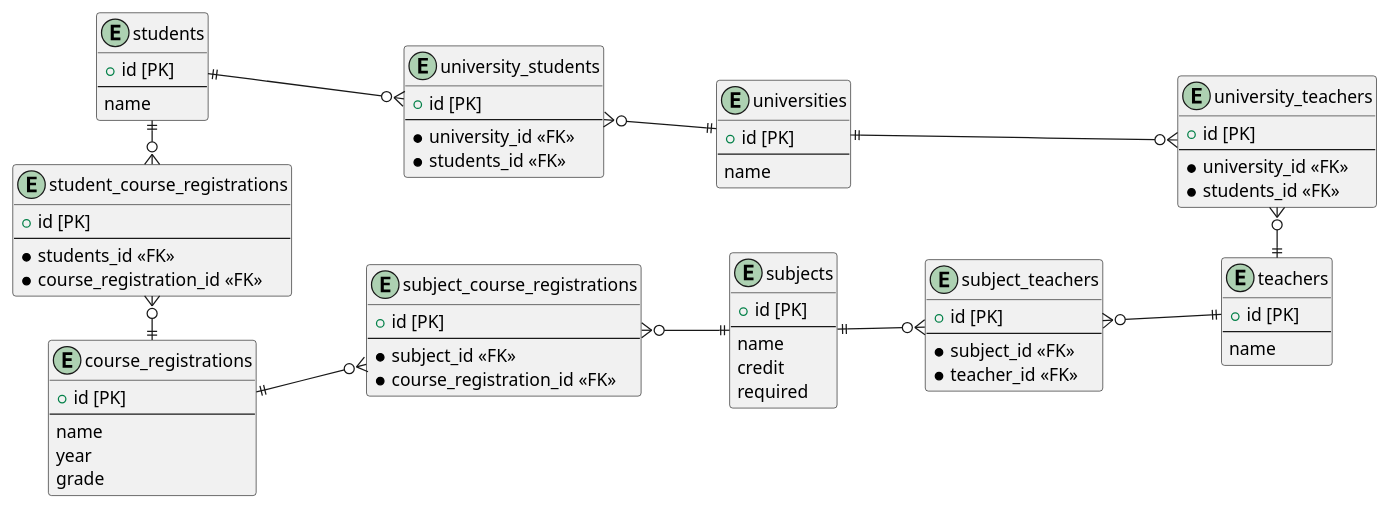
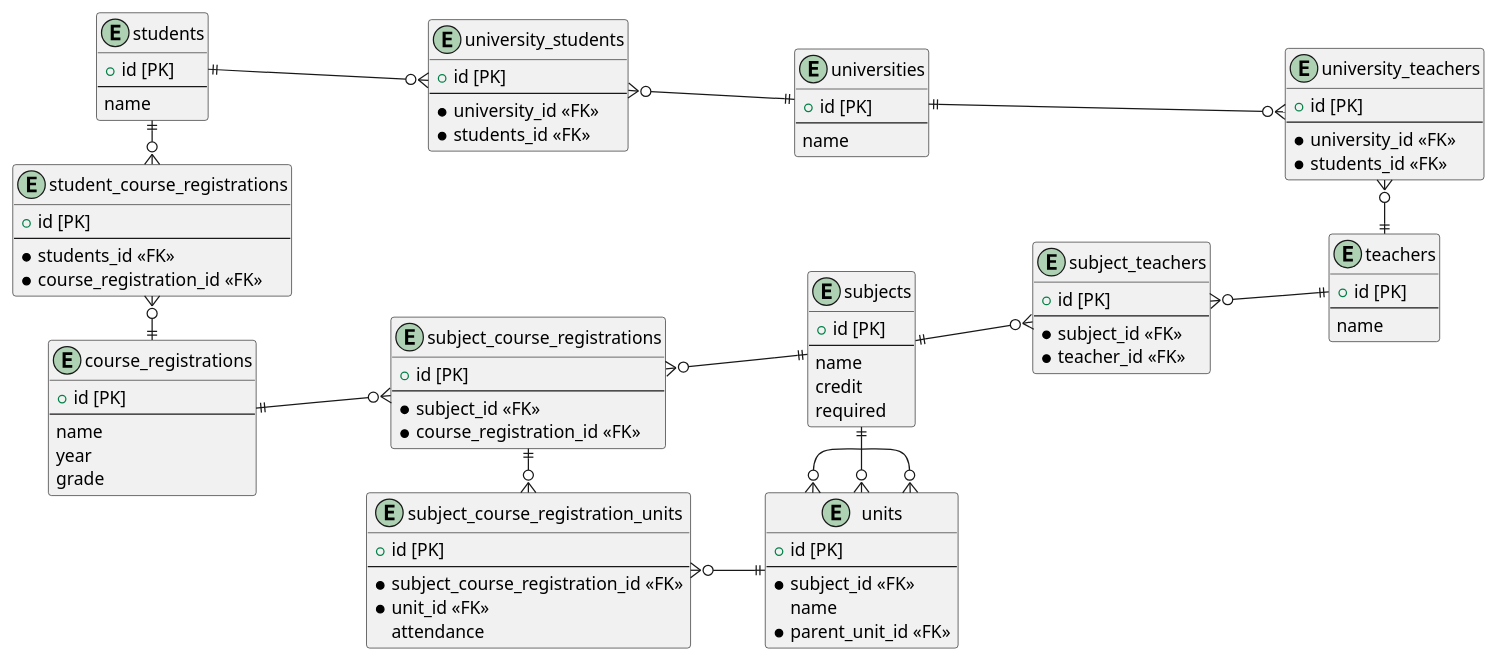
The diagram in doc/database/erd/university.md (miwa0519/sql_master), drawn with PlantUML before and after one commit. The commit also changed other lines of this file and 10 other files, not shown here.

Commit message:
UnitとSubjectCourseRegistrationUnitの追加

````diff
--- a/doc/database/erd/university.md
+++ b/doc/database/erd/university.md
@@ -68,6 +70,14 @@
   * course_registration_id <<FK>>
 }
 
+entity "subject_course_registration_units" {
+  + id [PK]
+  --
+  * subject_course_registration_id <<FK>>
+  * unit_id <<FK>>
+  attendance
+}
+
 entity "subject_teachers" {
   + id [PK]
   --
@@ -83,6 +93,14 @@
   required
 }
 
+entity "units" {
+  + id [PK]
+  --
+  * subject_id <<FK>>
+  name
+  * parent_unit_id <<FK>>
+}
+
 students ||--o{ university_students
 university_students }o--|| universities
 universities ||--o{ university_teachers
@@ -91,6 +109,10 @@
 student_course_registrations }o-|| course_registrations
 course_registrations ||--o{ subject_course_registrations
 subject_course_registrations }o--|| subjects
+subject_course_registrations ||-o{ subject_course_registration_units
+subject_course_registration_units }o--|| units
 subjects ||--o{ subject_teachers
+subjects ||-o{ units
+units }o--o{ units
 subject_teachers }o--|| teachers
 ```
````
